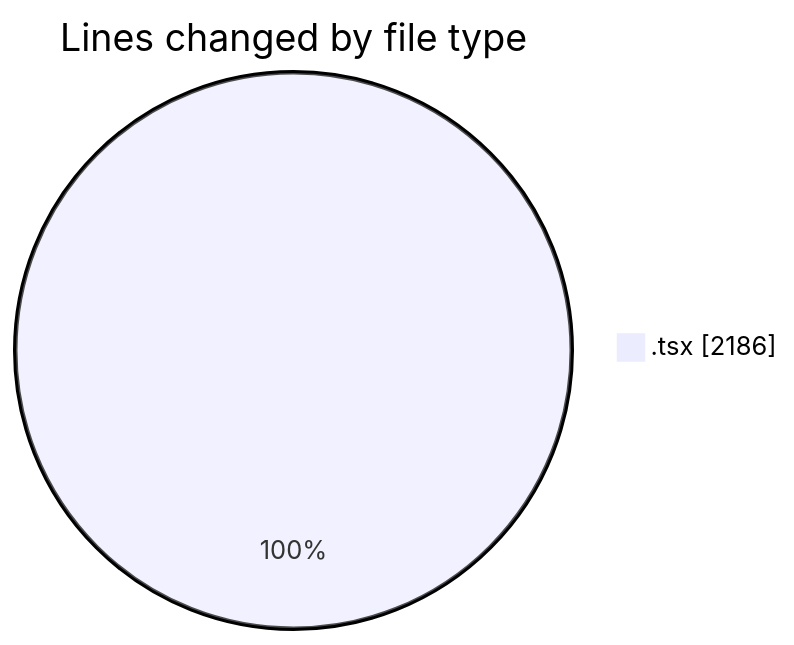
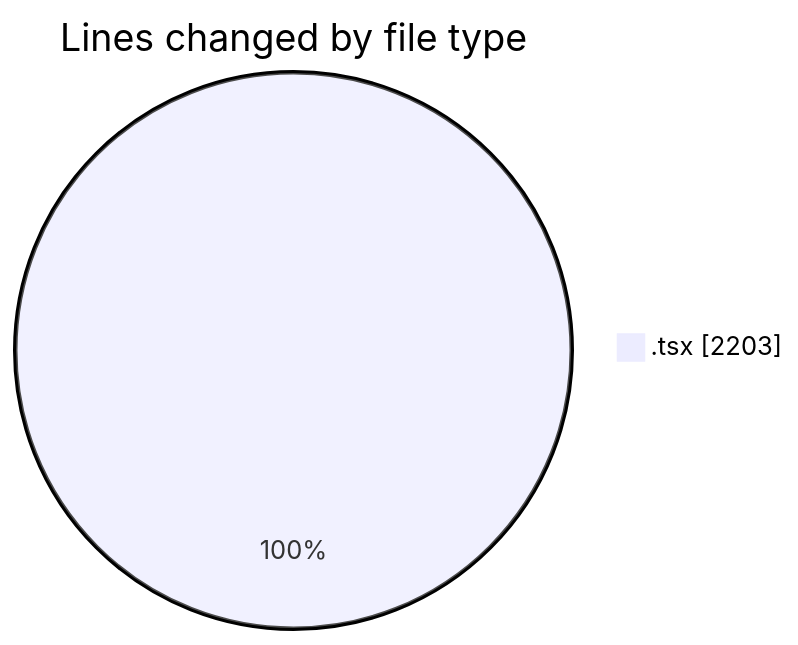
The first of 2 diagrams in 2025-06-13/cda/README.md (momahboobian/code-tracking), drawn with Mermaid before and after one commit. The commit also changed other lines of this file and 1 other file, not shown here.

````diff
--- a/2025-06-13/cda/README.md
+++ b/2025-06-13/cda/README.md
@@ -25,5 +25,5 @@
 ```mermaid
 pie showData
 title Lines changed by file type
-".tsx" : 2186
+".tsx" : 2203
 ```
````
